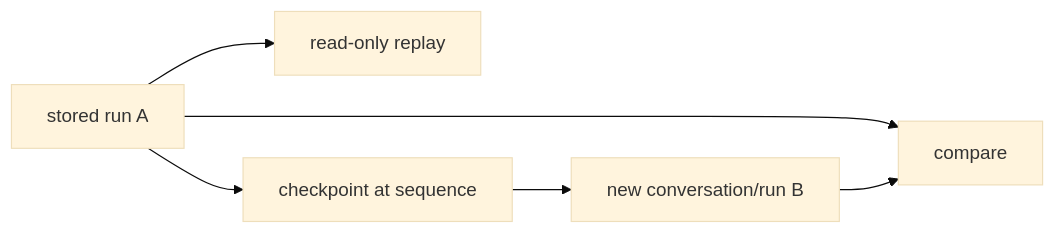
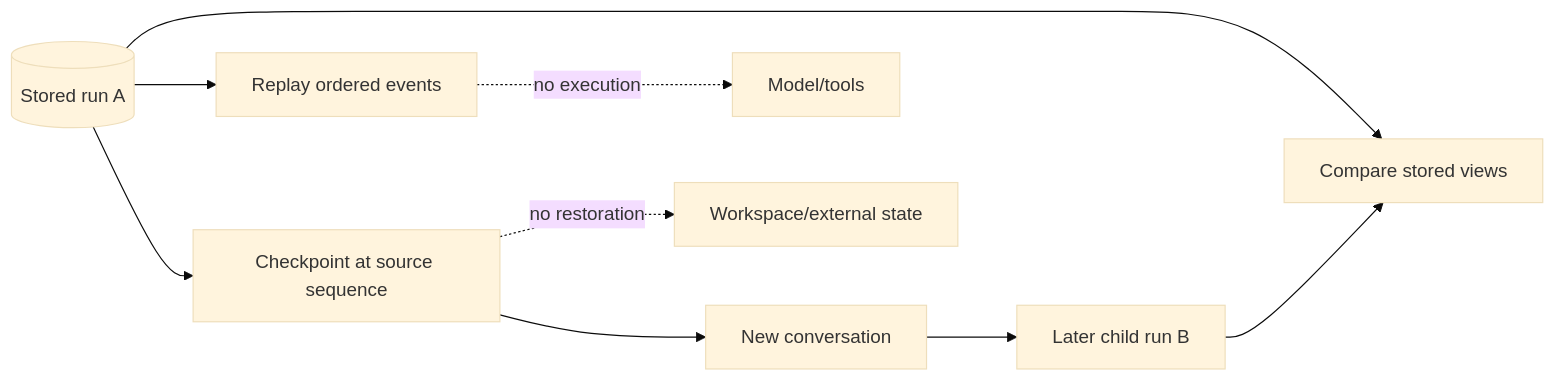
One commit to levalencia/archon changed the first of 3 diagrams in docs/course/concepts/replay-fork-compare.md. Above: the diagram before and after it, drawn with Mermaid (base theme). The commit also changed other lines of this file and 5 other files, not shown here.

````diff
--- a/docs/course/concepts/replay-fork-compare.md
+++ b/docs/course/concepts/replay-fork-compare.md
@@ -13,8 +23,11 @@
 ```mermaid
 flowchart LR
-  A[stored run A] --> RP[read-only replay]
-  A --> CP[checkpoint at sequence]
-  CP --> B[new conversation/run B]
-  A --> CMP[compare]
-  B --> CMP
+  A[(Stored run A)] --> RP[Replay ordered events]
+  A --> CP[Checkpoint at source sequence]
+  CP --> C[New conversation]
+  C --> B[Later child run B]
+  A --> CM[Compare stored views]
+  B --> CM
+  RP -. no execution .-> X[Model/tools]
+  CP -. no restoration .-> W[Workspace/external state]
 ```
````
